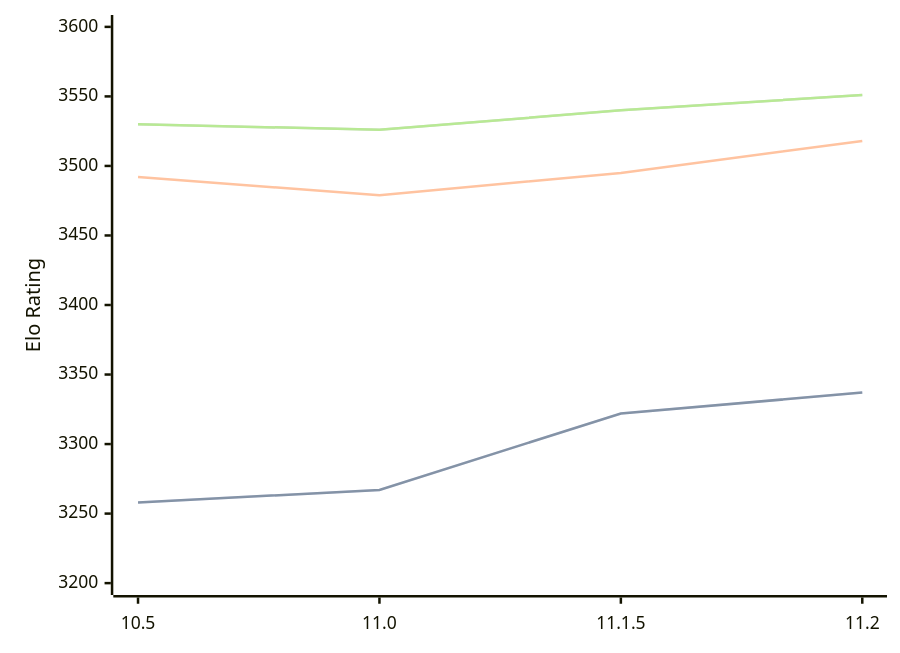
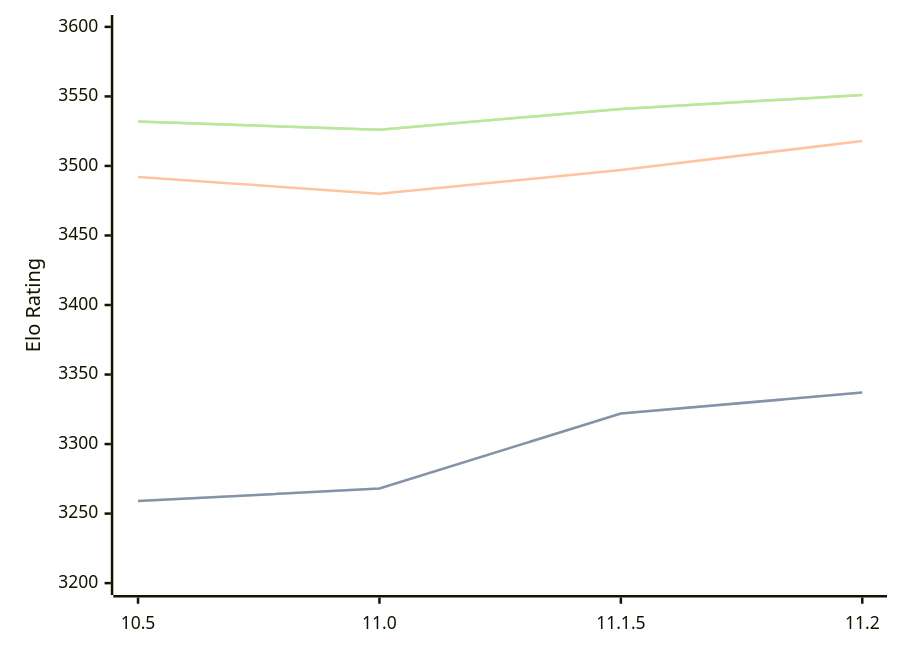
Before and after one commit to computer-chess-index/cci: the diagram in engines/Lizard.md, drawn with Mermaid. The commit also changed other lines of this file, not shown here.

Commit message:
Update CCI Ratings (ELO VLTC) - 2026-02-19

````diff
--- a/engines/Lizard.md
+++ b/engines/Lizard.md
@@ -43,11 +43,11 @@
 ```mermaid
 %%{init: {"theme":"base","themeVariables":{"seriesColors:['#a3a3a3','#222221','#faa371']}}}%%
 xychart-beta
   x-axis ["10.5", "11.0", "11.1.5", "11.2"]
   y-axis "Elo Rating" 3200 --> 3600
-  line "STC (8.0+0.08s)" [3258, 3267, 3322, 3337]
-  line "STC (8.0+0.08s)" [3258, 3267, 3322, 3337]
-  line "LTC (60.0+0.60s)" [3492, 3479, 3495, 3518]
-  line "VLTC (2m24s+1.12s)" [3530, 3526, 3540, 3551]
-  line "VLTC (2m24s+1.12s)" [3530, 3526, 3540, 3551]
+  line "STC (8.0+0.08s)" [3259, 3268, 3322, 3337]
+  line "STC (8.0+0.08s)" [3259, 3268, 3322, 3337]
+  line "LTC (60.0+0.60s)" [3492, 3480, 3497, 3518]
+  line "VLTC (2m24s+1.12s)" [3532, 3526, 3541, 3551]
+  line "VLTC (2m24s+1.12s)" [3532, 3526, 3541, 3551]
 ```
````
